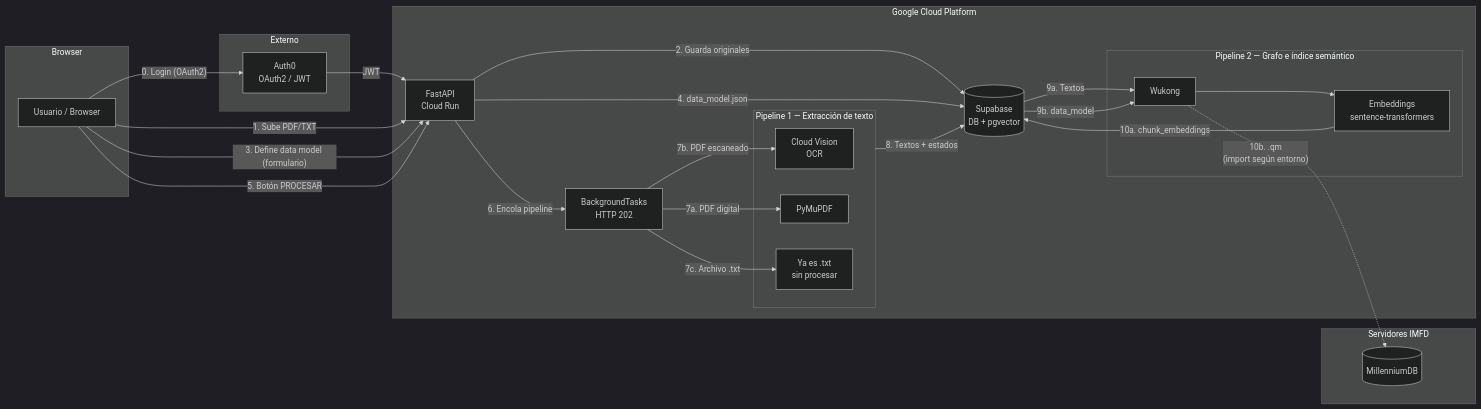
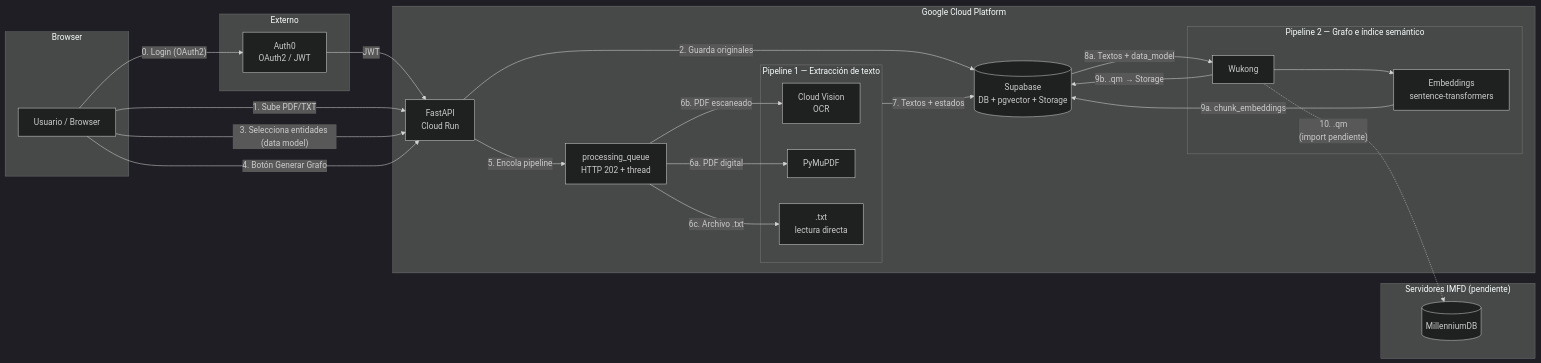
One commit to renaa-m/TallerDeIntegracion_G10 changed the first of 2 diagrams in README.md. Above: the diagram before and after it, drawn with Mermaid (dark theme). The commit also changed other lines of this file and 7 other files, not shown here.

````diff
--- a/README.md
+++ b/README.md
@@ -183,49 +220,48 @@
 ```mermaid
 graph LR
     subgraph Browser
         U[Usuario / Browser]
     end
 
     subgraph Auth0_ext ["Externo"]
         AUTH0[Auth0\nOAuth2 / JWT]
     end
 
     subgraph GCP ["Google Cloud Platform"]
         API[FastAPI\nCloud Run]
-        SUPA[(Supabase\nDB + pgvector)]
-        BT[BackgroundTasks\nHTTP 202]
+        SUPA[(Supabase\nDB + pgvector + Storage)]
+        BT[processing_queue\nHTTP 202 + thread]
 
         subgraph Pipeline_1 ["Pipeline 1 — Extracción de texto"]
             VISION[Cloud Vision\nOCR]
             PYMUPDF[PyMuPDF]
-            TXT_PASS[Ya es .txt\nsin procesar]
+            TXT_PASS[.txt\nlectura directa]
         end
 
         subgraph Pipeline_2 ["Pipeline 2 — Grafo e índice semántico"]
             WK[Wukong]
             EMB[Embeddings\nsentence-transformers]
         end
     end
 
-    subgraph IMFD_servers ["Servidores IMFD"]
+    subgraph IMFD_servers ["Servidores IMFD (pendiente)"]
         MDB[(MillenniumDB)]
     end
 
     U -->|"0. Login (OAuth2)"| AUTH0
     AUTH0 -->|"JWT"| API
     U -->|"1. Sube PDF/TXT"| API
     API -->|"2. Guarda originales"| SUPA
-    U -->|"3. Define data model (formulario)"| API
-    API -->|"4. data_model.json\n"| SUPA
-    U -->|"5. Botón PROCESAR"| API
-    API -->|"6. Encola pipeline"| BT
-    BT -->|"7a. PDF digital"| PYMUPDF
-    BT -->|"7b. PDF escaneado"| VISION
-    BT -->|"7c. Archivo .txt"| TXT_PASS
-    Pipeline_1 -->|"8. Textos + estados"| SUPA
-    SUPA -->|"9a. Textos"| WK
-    SUPA -->|"9b. data_model"| WK
+    U -->|"3. Selecciona entidades (data model)"| API
+    U -->|"4. Botón Generar Grafo"| API
+    API -->|"5. Encola pipeline"| BT
+    BT -->|"6a. PDF digital"| PYMUPDF
+    BT -->|"6b. PDF escaneado"| VISION
+    BT -->|"6c. Archivo .txt"| TXT_PASS
+    Pipeline_1 -->|"7. Textos + estados"| SUPA
+    SUPA -->|"8a. Textos + data_model"| WK
     WK --> EMB
-    EMB -->|"10a. chunk_embeddings"| SUPA
-    WK -.->|"10b. .qm\n(import según entorno)"| MDB
+    EMB -->|"9a. chunk_embeddings"| SUPA
+    WK -->|"9b. .qm → Storage"| SUPA
+    WK -.->|"10. .qm\n(import pendiente)"| MDB
 ```
````
